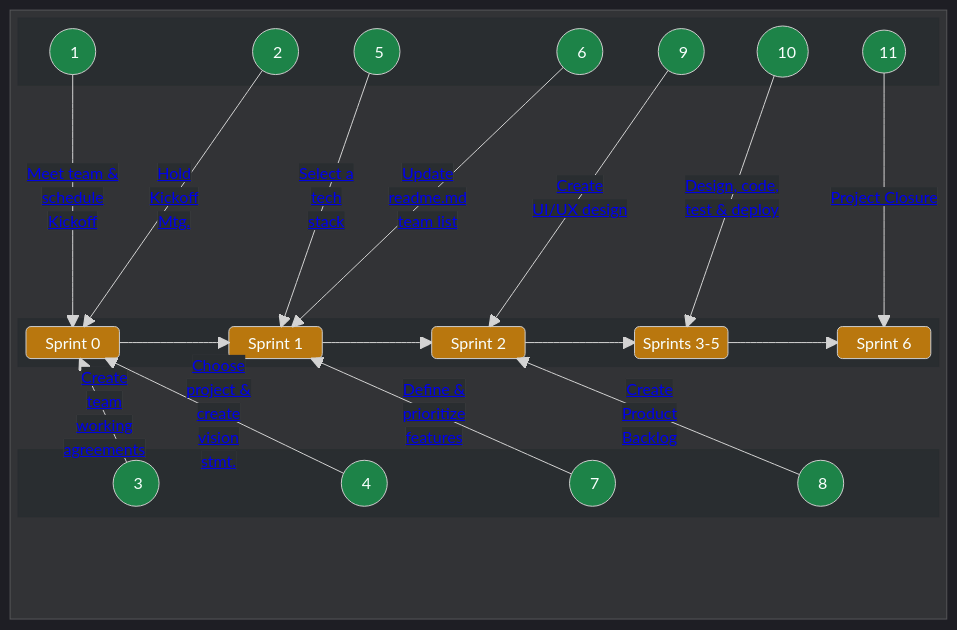
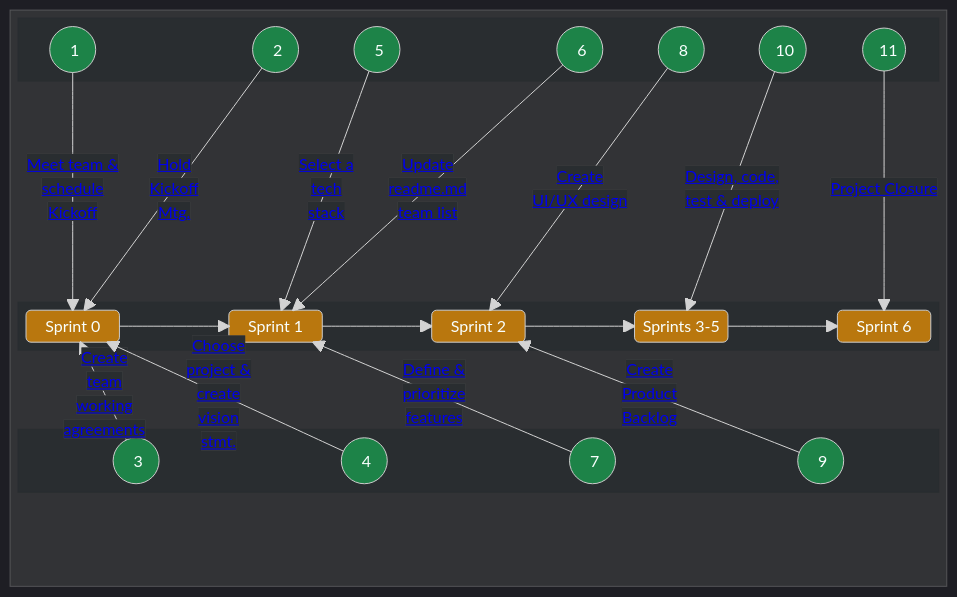
The first of 2 diagrams in docs/guides/voyage/voyage.md (chingu-voyages/Handbook), drawn with Mermaid before and after one commit.

Commit message:
Feature: Update sprint diagram task ordering

```diff
--- a/docs/guides/voyage/voyage.md
+++ b/docs/guides/voyage/voyage.md
@@ -77,8 +77,8 @@
         A5(("&nbsp;&nbsp;&nbsp; 5 &nbsp;&nbsp;"))
         space
         A6(("&nbsp;&nbsp;&nbsp; 6 &nbsp;&nbsp;"))
-        A9(("&nbsp;&nbsp;&nbsp; 9 &nbsp;&nbsp;"))
-        A10(("&nbsp;&nbsp;&nbsp; 10&nbsp;&nbsp;"))
+        A8(("&nbsp;&nbsp;&nbsp; 8 &nbsp;&nbsp;"))
+        A10(("&nbsp;&nbsp;&nbsp;10&nbsp;&nbsp;"))
         A11(("&nbsp;&nbsp;&nbsp;11&nbsp;"))
       end
       space
@@ -102,7 +102,7 @@
         A3(("&nbsp;&nbsp;&nbsp; 3 &nbsp;&nbsp;"))
         A4(("&nbsp;&nbsp;&nbsp; 4 &nbsp;&nbsp;"))
         A7(("&nbsp;&nbsp;&nbsp; 7 &nbsp;&nbsp;"))
-        A8(("&nbsp;&nbsp;&nbsp; 8 &nbsp;&nbsp;"))
+        A9(("&nbsp;&nbsp;&nbsp; 9 &nbsp;&nbsp;"))
       end
       space
 
@@ -113,8 +113,8 @@
       A7 -- "<a style="background-color:#292d30" href="https://github.com/chingu-voyages/Handbook/blob/main/docs/guides/voyage/voyage.md#7-define--prioritize-mvp-features-">Define &</br>prioritize</br>features</a>" --> SPRINT1
       A6 -- "<a style="background-color:#292d30" href="https://github.com/chingu-voyages/Handbook/blob/main/docs/guides/voyage/voyage.md#6-add-your-info-to-the-team-list-in-your-readmemd-%EF%B8%8F">Update</br>readme.md</br>team list<a/>" --> SPRINT1
       A5 -- "<a style="background-color:#292d30" href="https://github.com/chingu-voyages/Handbook/blob/main/docs/guides/voyage/voyage.md#5-select-a-tech-stack">Select a</br>tech</br>stack</a>" --> SPRINT1
-      A8 -- "<a style="background-color:#292d30" href="https://github.com/chingu-voyages/Handbook/blob/main/docs/guides/voyage/voyage.md#8-setup-product-backlog-">Create</br>Product</br>Backlog</a>" --> SPRINT2
-      A9 -- "<a style="background-color:#292d30" href="https://github.com/chingu-voyages/Handbook/blob/main/docs/guides/voyage/voyage.md#9-create-a-low-fidelity-wireframe-%EF%B8%8F">Create</br>UI/UX design</a>" --> SPRINT2
+      A9 -- "<a style="background-color:#292d30" href="https://github.com/chingu-voyages/Handbook/blob/main/docs/guides/voyage/voyage.md#8-setup-product-backlog-">Create</br>Product</br>Backlog</a>" --> SPRINT2
+      A8 -- "<a style="background-color:#292d30" href="https://github.com/chingu-voyages/Handbook/blob/main/docs/guides/voyage/voyage.md#9-create-a-low-fidelity-wireframe-%EF%B8%8F">Create</br>UI/UX design</a>" --> SPRINT2
       A10 -- "<a style="background-color:#292d30" href="https://github.com/chingu-voyages/Handbook/blob/main/docs/guides/voyage/voyage.md#10-sprint-3-5---reaching-your-mvp-">Design, code,</br>test & deploy</a>" --> SPRINTS35
       A11 -- "<a style="background-color:#292d30" href="https://github.com/chingu-voyages/Handbook/blob/main/docs/guides/voyage/voyage.md#11-sprint-3-5---reaching-your-mvp-">Project Closure</a>" --> SPRINT6
     end
```
